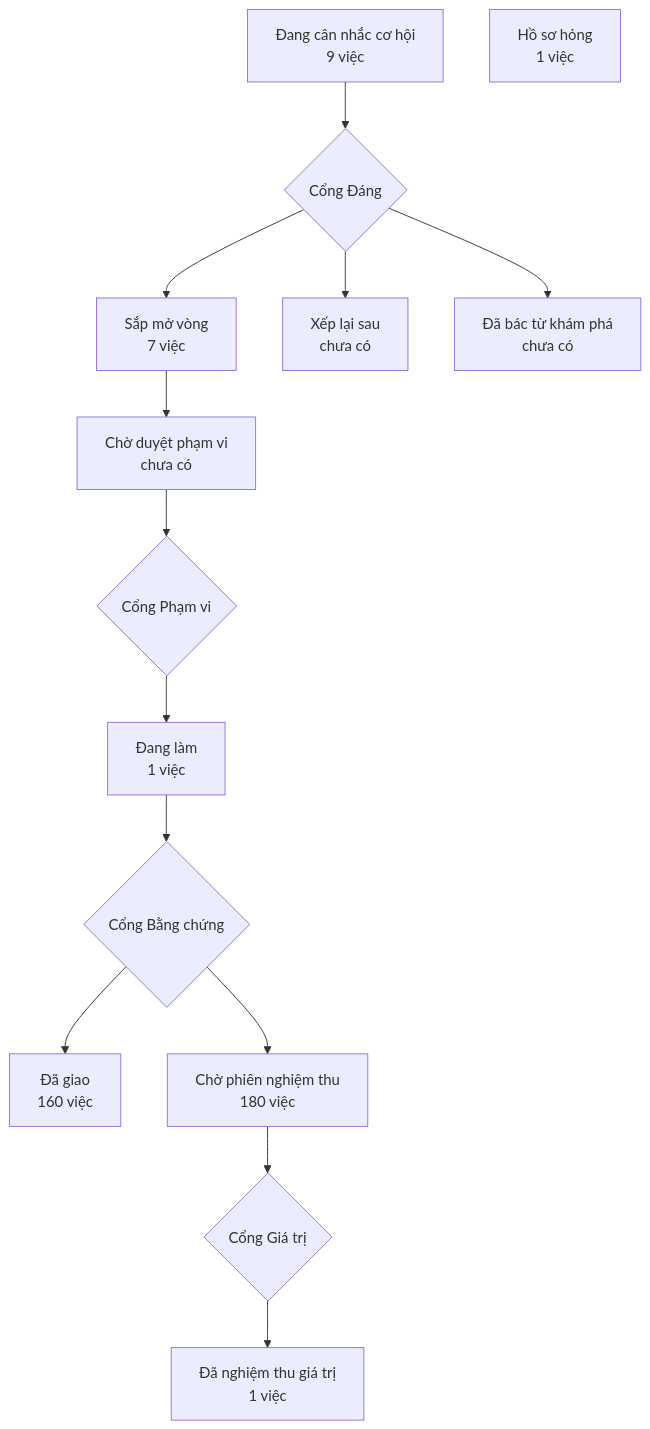
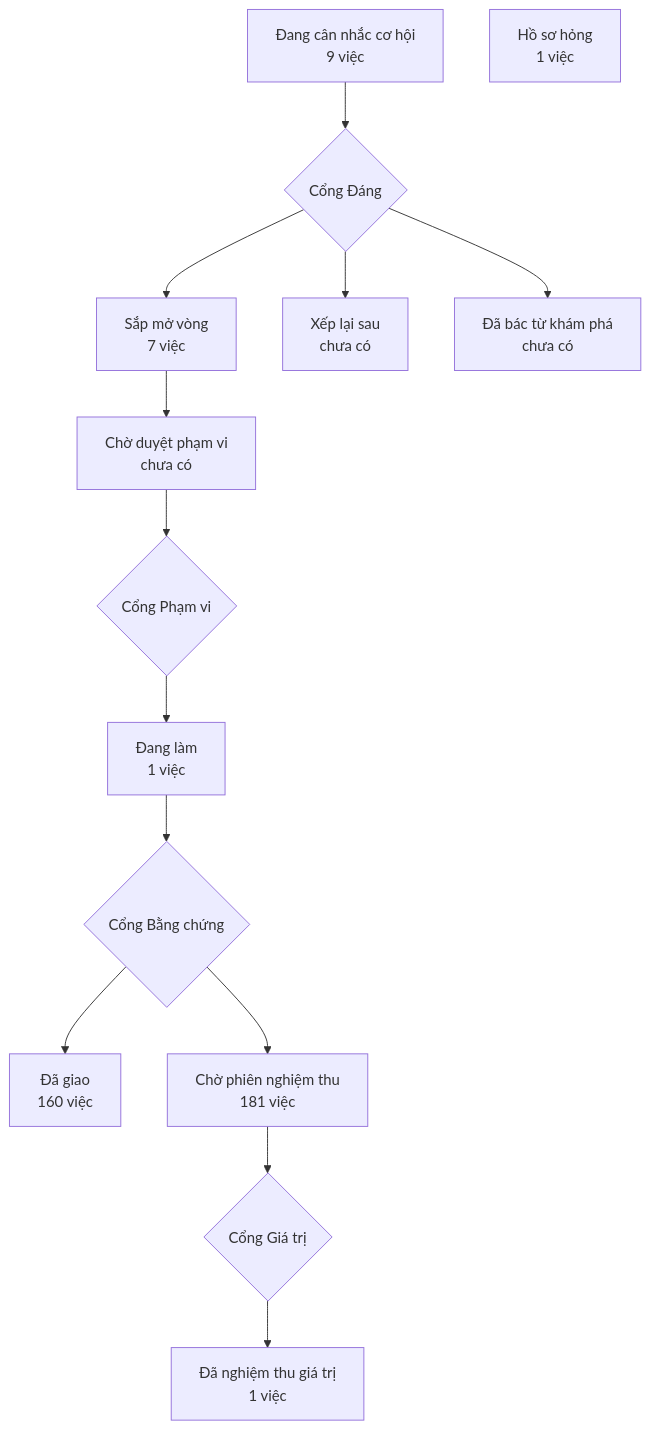
The diagram in PRODUCT-MAP.md (phanlemanh/crm-onehub), drawn with Mermaid before and after one commit. The commit also changed other lines of this file and 1 other file, not shown here.

Commit message:
chore(trang-bo-okr): vẽ lại bản đồ sau gộp onehub

````diff
--- a/PRODUCT-MAP.md
+++ b/PRODUCT-MAP.md
@@ -7,13 +7,13 @@
 ```mermaid
 flowchart TD
   A["Đang cân nhắc cơ hội<br/>9 việc"] --> GD{"Cổng Đáng"}
   GD --> B["Sắp mở vòng<br/>7 việc"]
   GD --> XL["Xếp lại sau<br/>chưa có"]
   GD --> DB["Đã bác từ khám phá<br/>chưa có"]
   B --> CD["Chờ duyệt phạm vi<br/>chưa có"] --> GP{"Cổng Phạm vi"}
   GP --> DL["Đang làm<br/>1 việc"] --> GB{"Cổng Bằng chứng"}
   GB --> DG["Đã giao<br/>160 việc"]
-  GB --> CN["Chờ phiên nghiệm thu<br/>180 việc"] --> GG{"Cổng Giá trị"}
+  GB --> CN["Chờ phiên nghiệm thu<br/>181 việc"] --> GG{"Cổng Giá trị"}
   GG --> NT["Đã nghiệm thu giá trị<br/>1 việc"]
   HS["Hồ sơ hỏng<br/>1 việc"]
 ```
````
